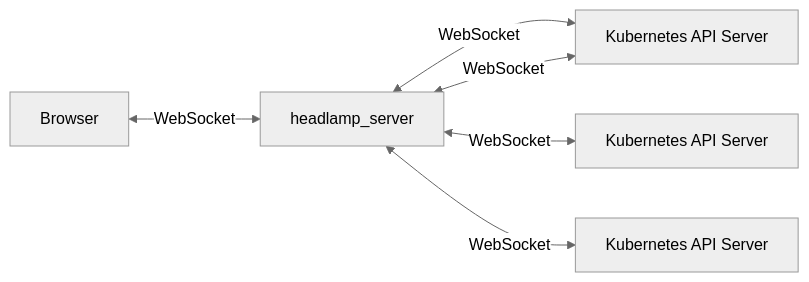
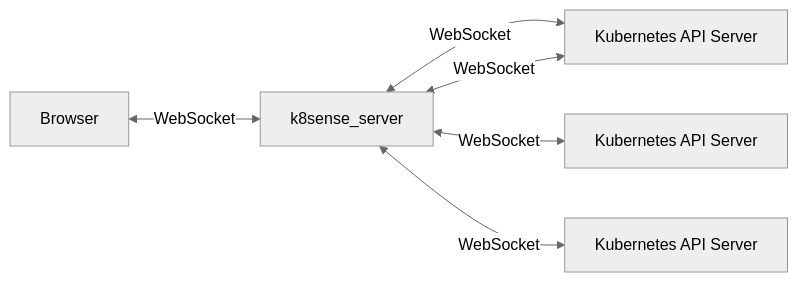
The third of 5 diagrams in docs/development/architecture.md (OA879/K8Sense), drawn with Mermaid (neutral theme) before and after one commit. The commit also changed other lines of this file and 466 other files, not shown here.

````diff
--- a/docs/development/architecture.md
+++ b/docs/development/architecture.md
@@ -68,8 +68,8 @@
 ```mermaid
 graph LR
-    A[Browser] <-->|WebSocket| B[headlamp_server]
+    A[Browser] <-->|WebSocket| B[k8sense_server]
     B <-->|WebSocket| C[Kubernetes API Server]
     B <-->|WebSocket| C
     B <-->|WebSocket| D[Kubernetes API Server]
     B <-->|WebSocket| E[Kubernetes API Server]
 ```
````
